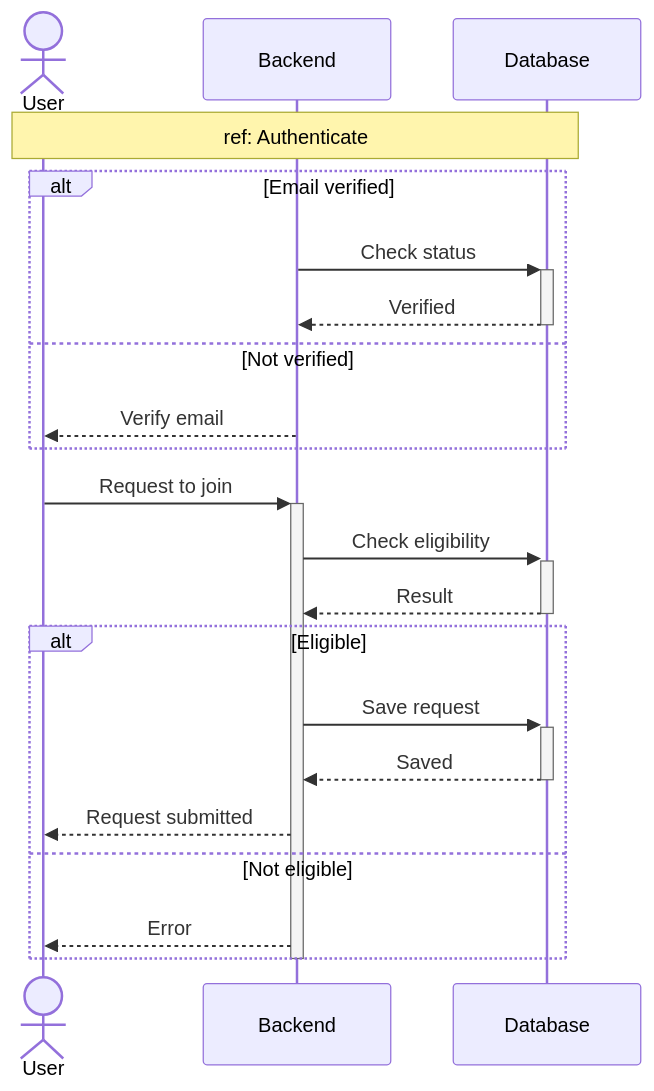
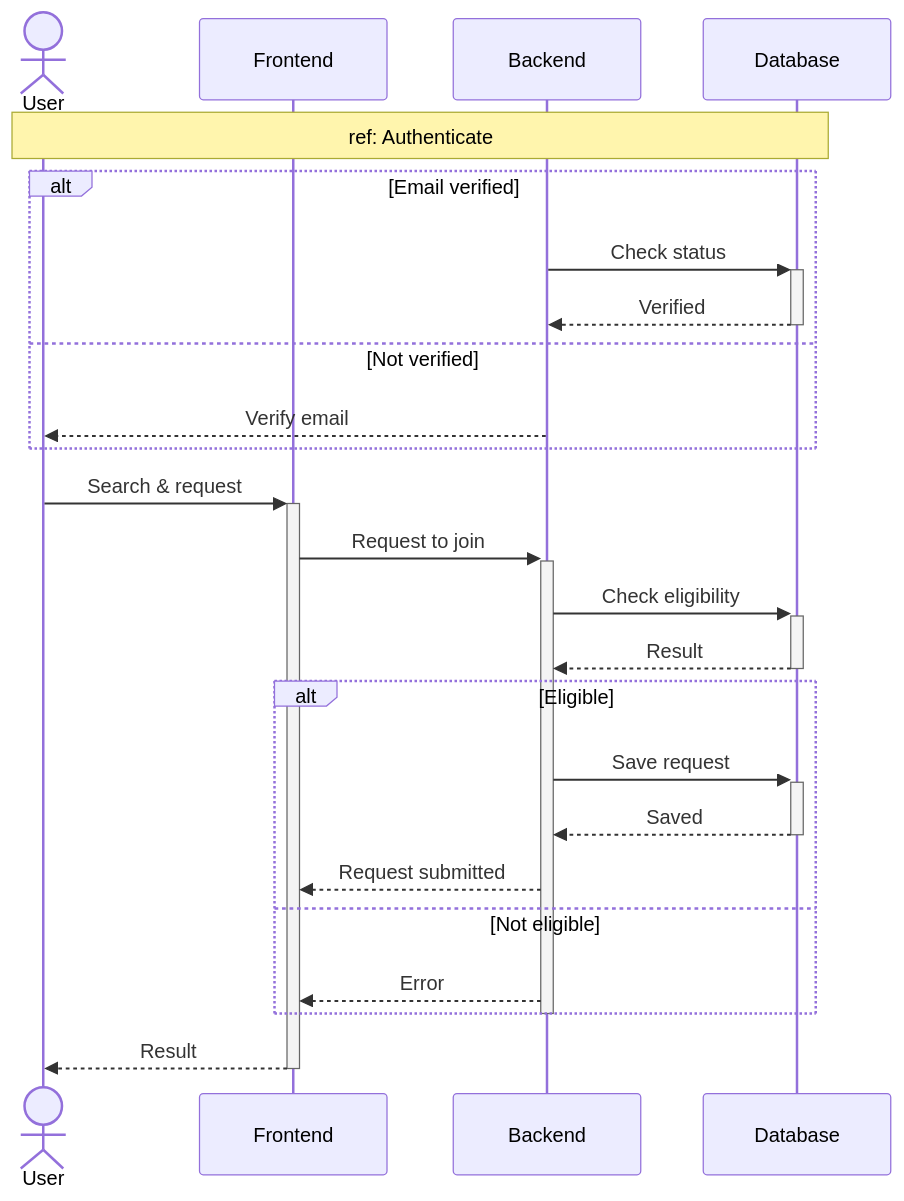
The fifth of 16 diagrams in docs/SEQUENCE_DIAGRAMS.md (MohamedChebbi123/teamnest), drawn with Mermaid before and after one commit. The commit also changed other lines of this file, not shown here.

````diff
--- a/docs/SEQUENCE_DIAGRAMS.md
+++ b/docs/SEQUENCE_DIAGRAMS.md
@@ -195,27 +212,30 @@
 ```mermaid
 sequenceDiagram
     actor User
+    participant FE as Frontend
     participant API as Backend
     participant DB as Database
 
     Note over User,DB: ref: Authenticate
 
     alt Email verified
         API->>+DB: Check status
         DB-->>-API: Verified
     else Not verified
         API-->>User: Verify email
     end
 
-    User->>+API: Request to join
+    User->>+FE: Search & request
+    FE->>+API: Request to join
     API->>+DB: Check eligibility
     DB-->>-API: Result
     alt Eligible
         API->>+DB: Save request
         DB-->>-API: Saved
-        API-->>User: Request submitted
+        API-->>FE: Request submitted
     else Not eligible
-        API-->>User: Error
+        API-->>FE: Error
     end
     deactivate API
+    FE-->>-User: Result
 ```
````
